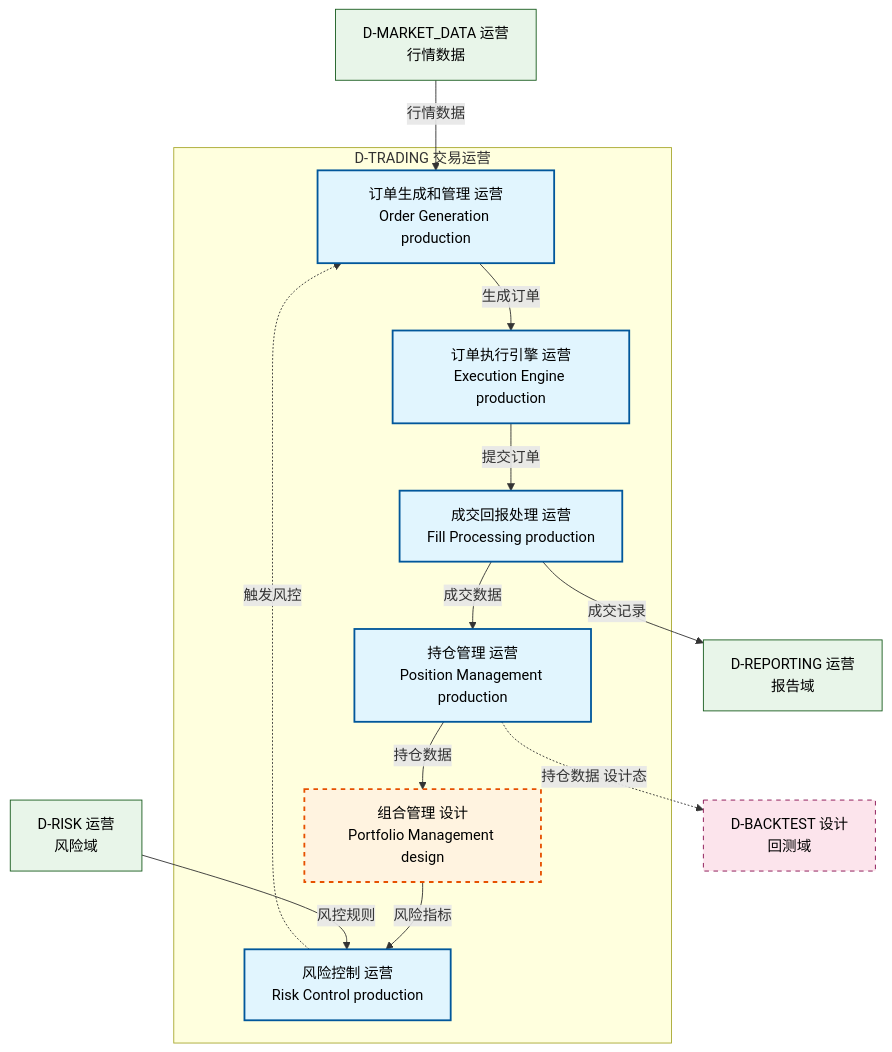
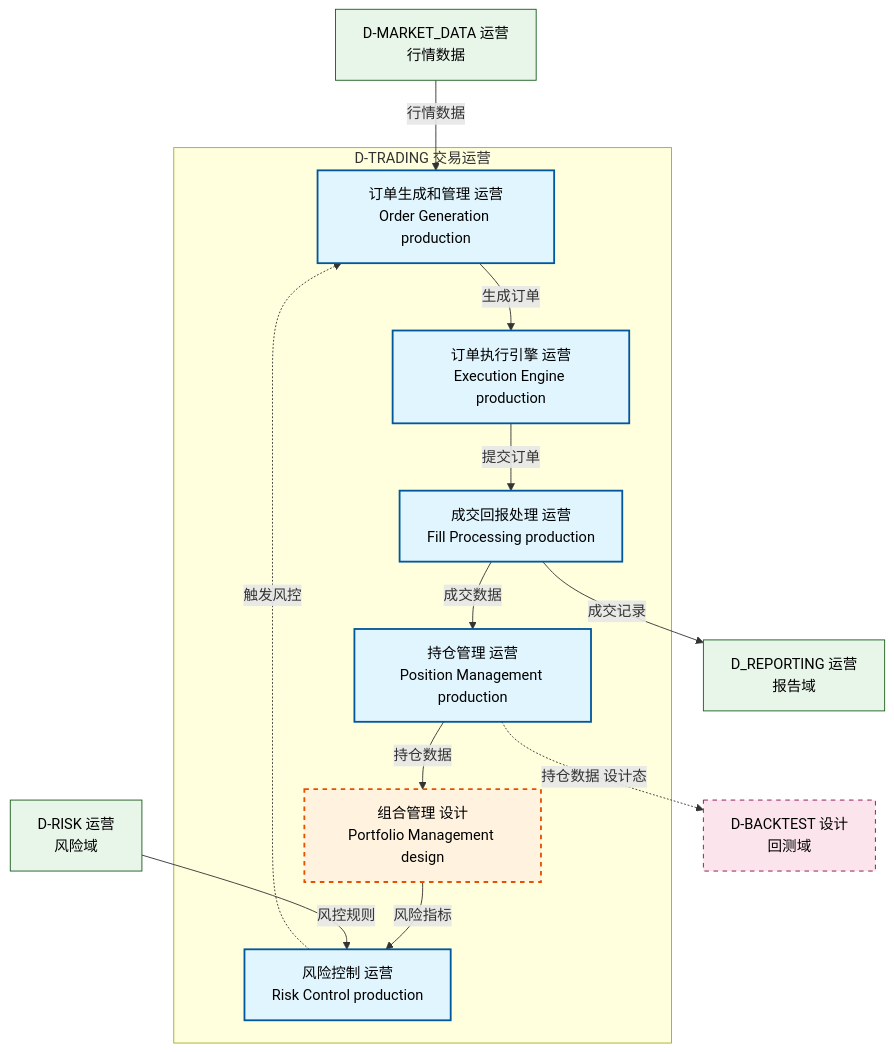
The diagram in docs/02_enterprise_architecture/sample/16_d_trading_sample.md (xuanFelixVan/ZephyrAlpha), drawn with Mermaid before and after one commit. The commit also changed other lines of this file and 1359 other files, not shown here.

````diff
--- a/docs/02_enterprise_architecture/sample/16_d_trading_sample.md
+++ b/docs/02_enterprise_architecture/sample/16_d_trading_sample.md
@@ -65,42 +65,42 @@
 ```mermaid
 graph TD
     %% 域内模块 / Internal Modules
     subgraph D_TRADING["D-TRADING 交易运营"]
         order["订单生成和管理 运营<br/>Order Generation production"]
         exec["订单执行引擎 运营<br/>Execution Engine production"]
         fill["成交回报处理 运营<br/>Fill Processing production"]
         pos["持仓管理 运营<br/>Position Management production"]
         risk["风险控制 运营<br/>Risk Control production"]
         portfolio["组合管理 设计<br/>Portfolio Management design"]
     end
 
     %% 域内依赖关系 / Internal Dependencies
     order -->|生成订单| exec
     exec -->|提交订单| fill
     fill -->|成交数据| pos
     pos -->|持仓数据| portfolio
     portfolio -->|风险指标| risk
     risk -.->|触发风控| order
 
     %% 跨域入边 / Cross-domain Incoming
     market_data["D-MARKET_DATA 运营<br/>行情数据"]
     market_data -->|行情数据| order
 
     risk_domain["D-RISK 运营<br/>风险域"]
     risk_domain -->|风控规则| risk
 
     %% 跨域出边 / Cross-domain Outgoing
-    fill -->|成交记录| reporting["D-REPORTING 运营<br/>报告域"]
+    fill -->|成交记录| reporting["D_REPORTING 运营<br/>报告域"]
     pos -.->|持仓数据 设计态| backtest["D-BACKTEST 设计<br/>回测域"]
 
     %% 样式 / Styling
     classDef production fill:#e1f5fe,stroke:#01579b,stroke-width:2px,color:#000
     classDef design fill:#fff3e0,stroke:#e65100,stroke-width:2px,color:#000,stroke-dasharray: 5 5
     classDef external_prod fill:#e8f5e9,stroke:#1b5e20,stroke-width:1px,color:#000
     classDef external_design fill:#fce4ec,stroke:#880e4f,stroke-width:1px,color:#000,stroke-dasharray: 5 5
 
     class order,exec,fill,pos,risk production
     class portfolio design
     class market_data,risk_domain,reporting external_prod
     class backtest external_design
 ```
````
